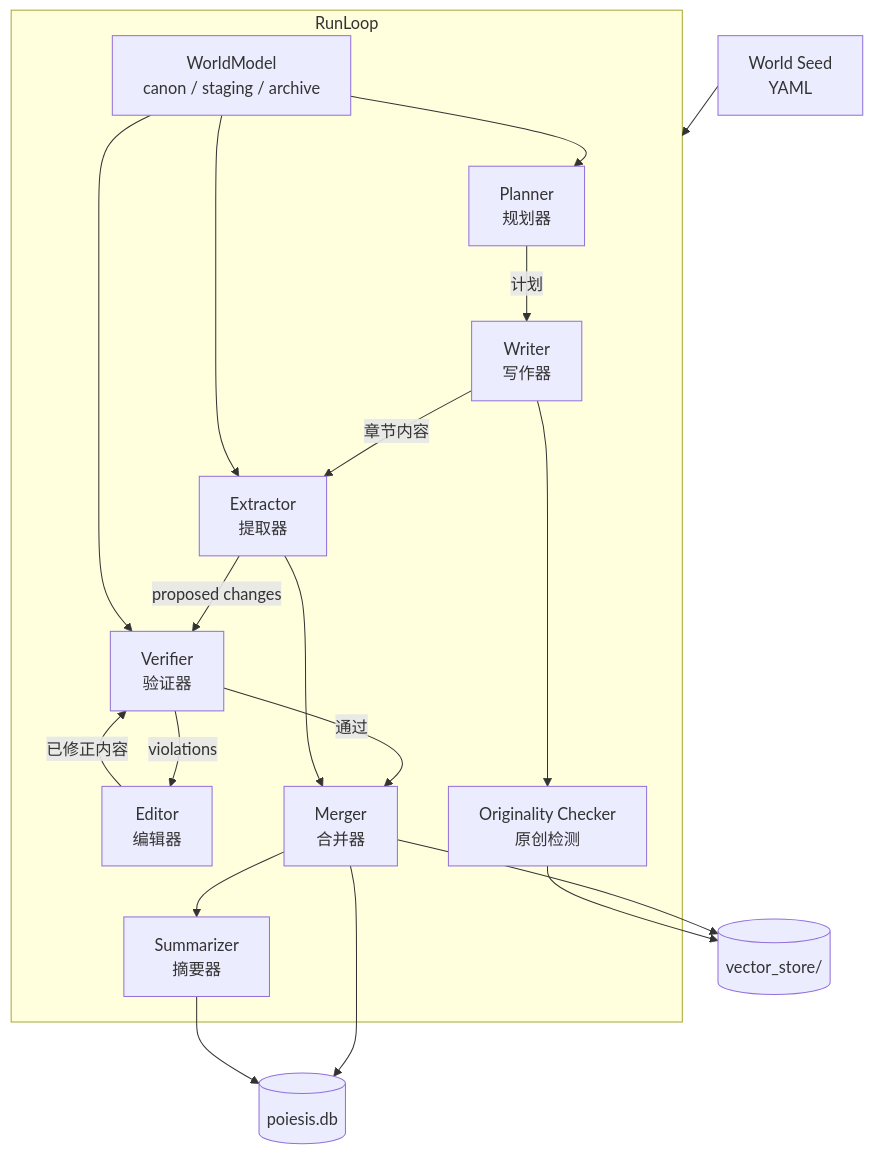
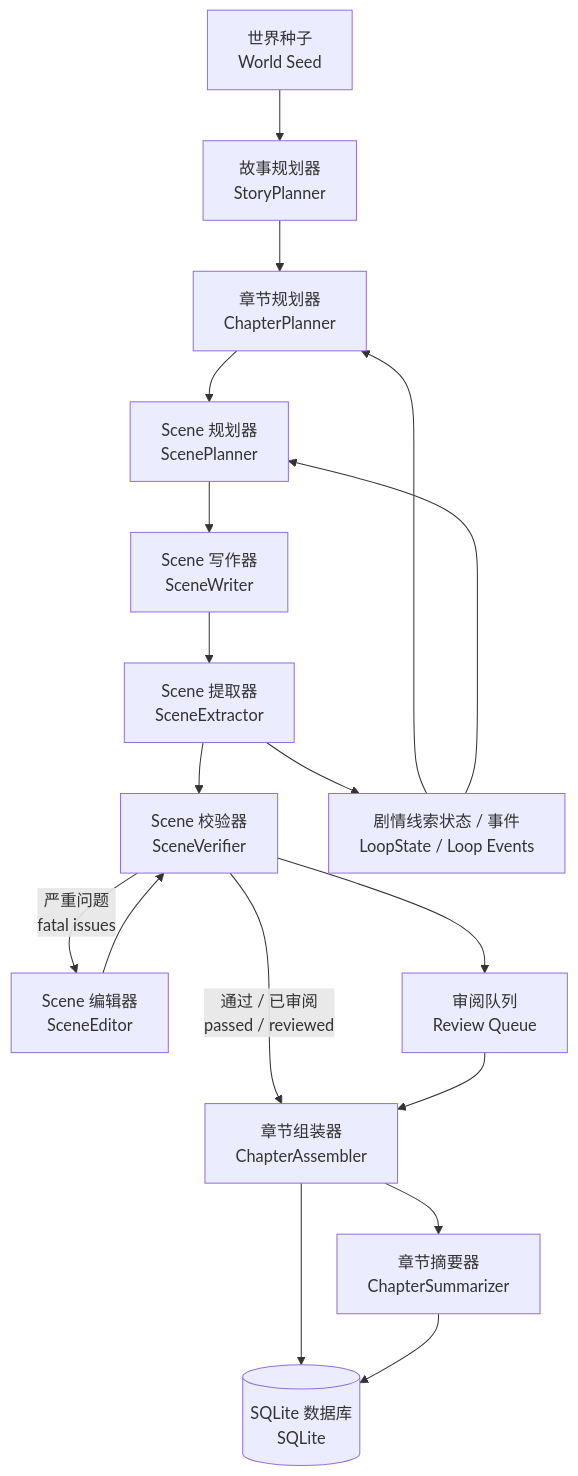
Before and after one commit to djmacdtr/Poiesis: the second of 2 diagrams in README.md, drawn with Mermaid. The commit also changed other lines of this file and 99 other files, not shown here.

````diff
--- a/README.md
+++ b/README.md
@@ -75,26 +71,23 @@
 ```mermaid
 flowchart TD
-  Seed[World Seed\nYAML] --> RL
+  Seed[世界种子<br/>World Seed] --> Story
 
-  subgraph RL[RunLoop]
-    P[Planner\n规划器] -->|计划| W[Writer\n写作器]
-    W -->|章节内容| X[Extractor\n提取器]
-    X -->|proposed changes| V[Verifier\n验证器]
-    V -->|violations| E[Editor\n编辑器]
-    E -->|已修正内容| V
+  Story[故事规划器<br/>StoryPlanner] --> Chapter[章节规划器<br/>ChapterPlanner]
+  Chapter --> ScenePlan[Scene 规划器<br/>ScenePlanner]
+  ScenePlan --> SceneWrite[Scene 写作器<br/>SceneWriter]
+  SceneWrite --> SceneExtract[Scene 提取器<br/>SceneExtractor]
+  SceneExtract --> SceneVerify[Scene 校验器<br/>SceneVerifier]
+  SceneVerify -->|严重问题<br/>fatal issues| SceneEdit[Scene 编辑器<br/>SceneEditor]
+  SceneEdit --> SceneVerify
+  SceneVerify -->|通过 / 已审阅<br/>passed / reviewed| Assemble[章节组装器<br/>ChapterAssembler]
+  Assemble --> Summary[章节摘要器<br/>ChapterSummarizer]
 
-    WM[WorldModel\ncanon / staging / archive] --> P
-    WM --> X
-    WM --> V
-    V -->|通过| M[Merger\n合并器]
-    X --> M
+  LoopState[剧情线索状态 / 事件<br/>LoopState / Loop Events] --> Chapter
+  LoopState --> ScenePlan
+  SceneExtract --> LoopState
+  SceneVerify --> Review[审阅队列<br/>Review Queue]
+  Review --> Assemble
 
-    W --> O[Originality Checker\n原创检测]
-    M --> S[Summarizer\n摘要器]
-  end
-
-  M --> DB[(poiesis.db)]
-  M --> VS[(vector_store/)]
-  S --> DB
-  O --> VS
+  Assemble --> DB[(SQLite 数据库<br/>SQLite)]
+  Summary --> DB
 ```
````
